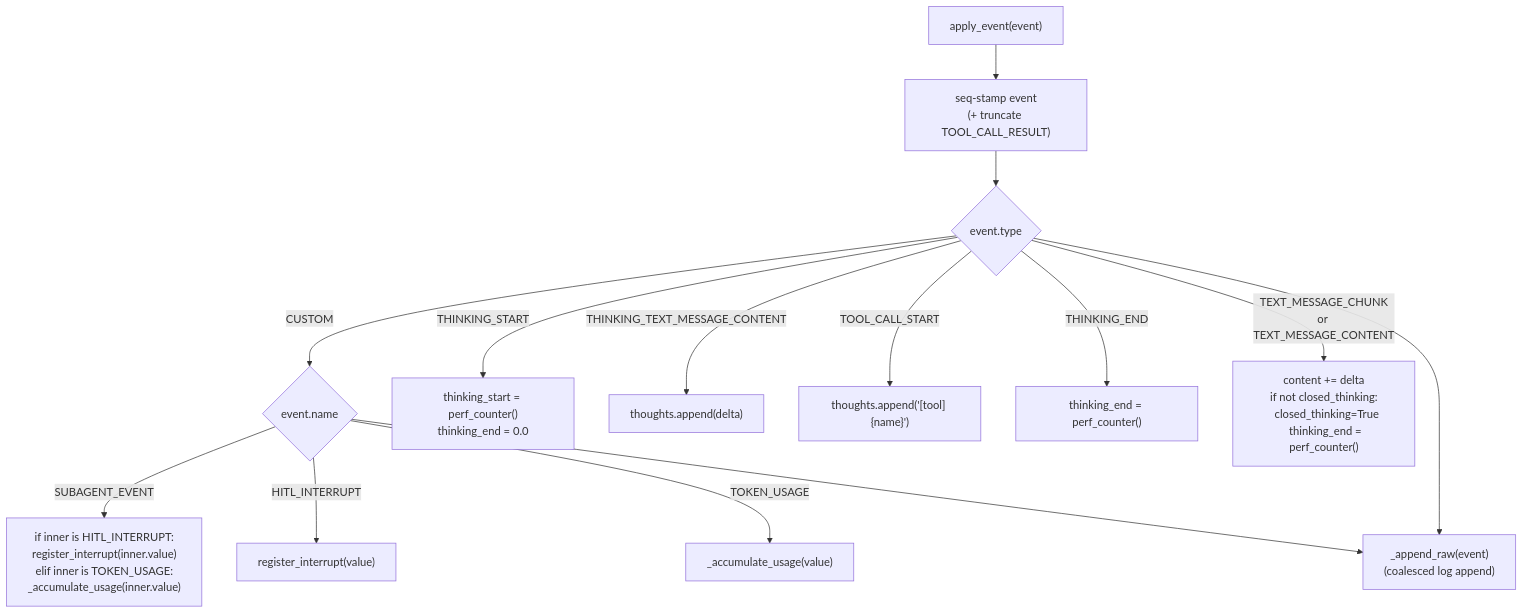
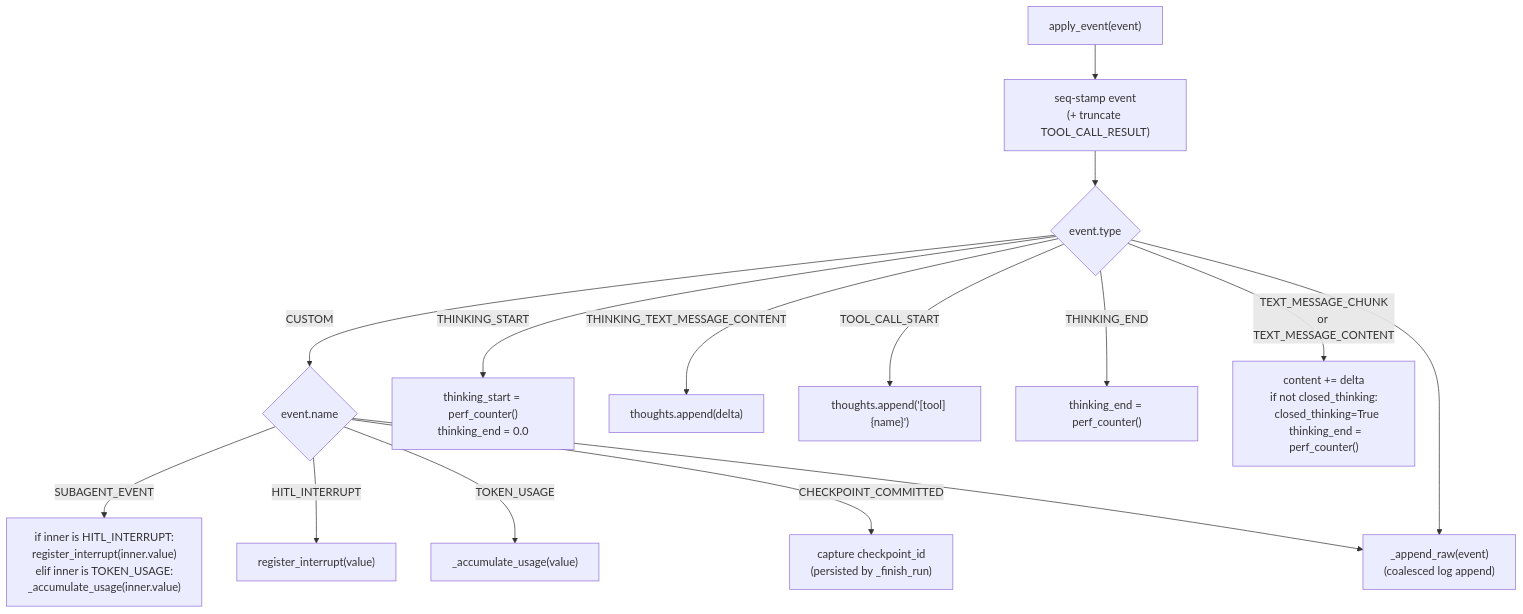
One commit to konstantinosmpouros/mAgenticX changed the sixth of 9 diagrams in docs/development/agui-protocol.md. Above: the diagram before and after it, drawn with Mermaid. The commit also changed other lines of this file and 39 other files, not shown here.

````diff
--- a/docs/development/agui-protocol.md
+++ b/docs/development/agui-protocol.md
@@ -375,15 +376,16 @@
 ```mermaid
 flowchart TD
     A["apply_event(event)"] --> S["seq-stamp event\n(+ truncate TOOL_CALL_RESULT)"]
     S --> B{event.type}
     B -->|"CUSTOM"| C{event.name}
     C -->|"SUBAGENT_EVENT"| F["if inner is HITL_INTERRUPT:\nregister_interrupt(inner.value)\nelif inner is TOKEN_USAGE:\n_accumulate_usage(inner.value)"]
     C -->|"HITL_INTERRUPT"| H["register_interrupt(value)"]
     C -->|"TOKEN_USAGE"| N["_accumulate_usage(value)"]
+    C -->|"CHECKPOINT_COMMITTED"| CC["capture checkpoint_id\n(persisted by _finish_run)"]
     B -->|"THINKING_START"| I["thinking_start = perf_counter()\nthinking_end = 0.0"]
     B -->|"THINKING_TEXT_MESSAGE_CONTENT"| J["thoughts.append(delta)"]
     B -->|"TOOL_CALL_START"| K["thoughts.append('[tool] {name}')"]
     B -->|"THINKING_END"| L["thinking_end = perf_counter()"]
     B -->|"TEXT_MESSAGE_CHUNK\nor TEXT_MESSAGE_CONTENT"| M["content += delta\nif not closed_thinking:\n  closed_thinking=True\n  thinking_end = perf_counter()"]
     B & C --> Z["_append_raw(event)\n(coalesced log append)"]
 ```
````
